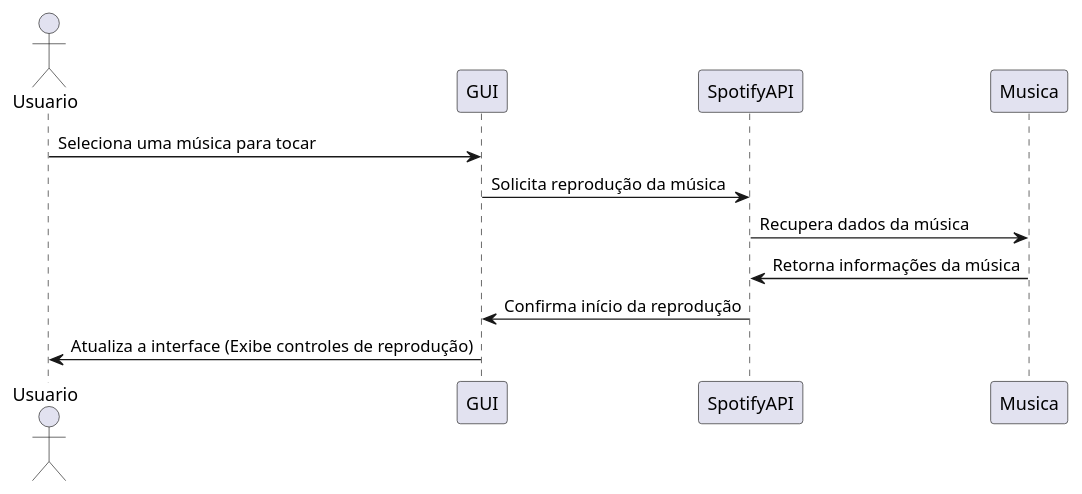
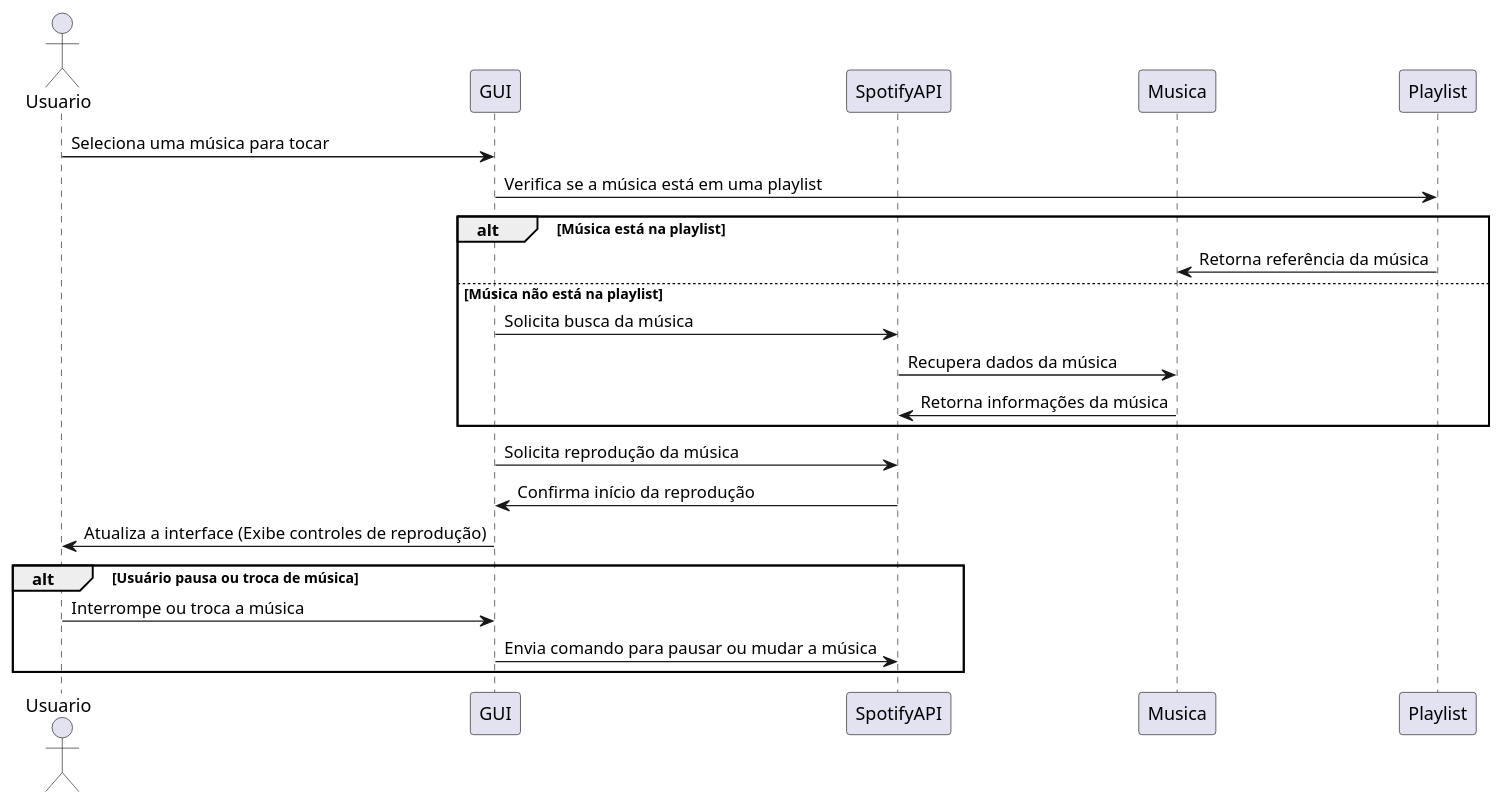
The diagram in src/Diagramas/Diagrama de Sequencia.puml (manuelafba/trabalhoFinalProg2), drawn with PlantUML before and after one commit. The commit also changed 3 other files, not shown here.

Commit message:
Colocando Diagramas Em Pasta e testando SVG

```diff
--- a/src/Diagramas/Diagrama de Sequencia.puml
+++ b/src/Diagramas/Diagrama de Sequencia.puml
@@ -1,13 +1,26 @@
 @startuml
 actor Usuario
 participant GUI
 participant SpotifyAPI
 participant Musica
+participant Playlist
 
 Usuario -> GUI : Seleciona uma música para tocar
+GUI -> Playlist : Verifica se a música está em uma playlist
+alt Música está na playlist
+    Playlist -> Musica : Retorna referência da música
+else Música não está na playlist
+    GUI -> SpotifyAPI : Solicita busca da música
+    SpotifyAPI -> Musica : Recupera dados da música
+    Musica -> SpotifyAPI : Retorna informações da música
+end
+
 GUI -> SpotifyAPI : Solicita reprodução da música
-SpotifyAPI -> Musica : Recupera dados da música
-Musica -> SpotifyAPI : Retorna informações da música
 SpotifyAPI -> GUI : Confirma início da reprodução
 GUI -> Usuario : Atualiza a interface (Exibe controles de reprodução)
+
+alt Usuário pausa ou troca de música
+    Usuario -> GUI : Interrompe ou troca a música
+    GUI -> SpotifyAPI : Envia comando para pausar ou mudar a música
+end
 @enduml
```
